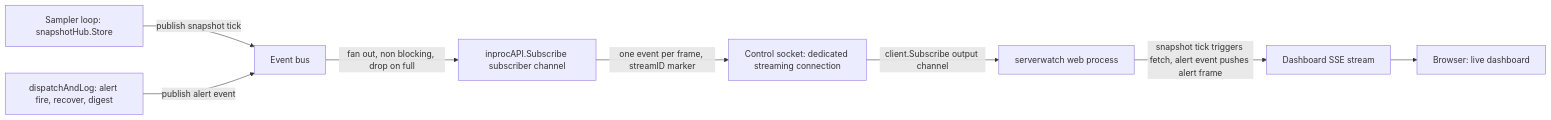
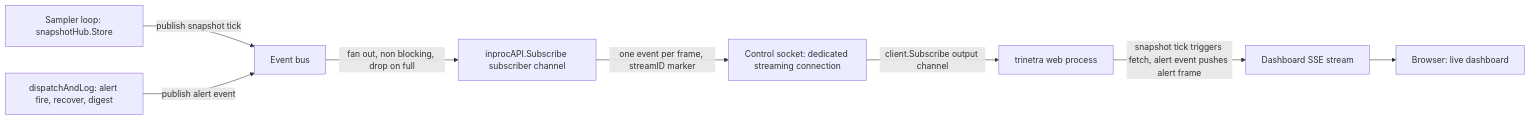
The sixth of 7 diagrams in docs/handbook/02-architecture.md (InfoDiveLabs/trinetra), drawn with Mermaid before and after one commit. The commit also changed other lines of this file and 20 other files, not shown here.

````diff
--- a/docs/handbook/02-architecture.md
+++ b/docs/handbook/02-architecture.md
@@ -595,10 +598,10 @@
 ```mermaid
 flowchart LR
   sampler[Sampler loop: snapshotHub.Store] -->|publish snapshot tick| bus[Event bus]
   dispatch[dispatchAndLog: alert fire, recover, digest] -->|publish alert event| bus
   bus -->|fan out, non blocking, drop on full| sub[inprocAPI.Subscribe subscriber channel]
   sub -->|one event per frame, streamID marker| sock[Control socket: dedicated streaming connection]
-  sock -->|client.Subscribe output channel| webproc[serverwatch web process]
+  sock -->|client.Subscribe output channel| webproc[trinetra web process]
   webproc -->|snapshot tick triggers fetch, alert event pushes alert frame| sse[Dashboard SSE stream]
   sse --> browser[Browser: live dashboard]
 ```
````
